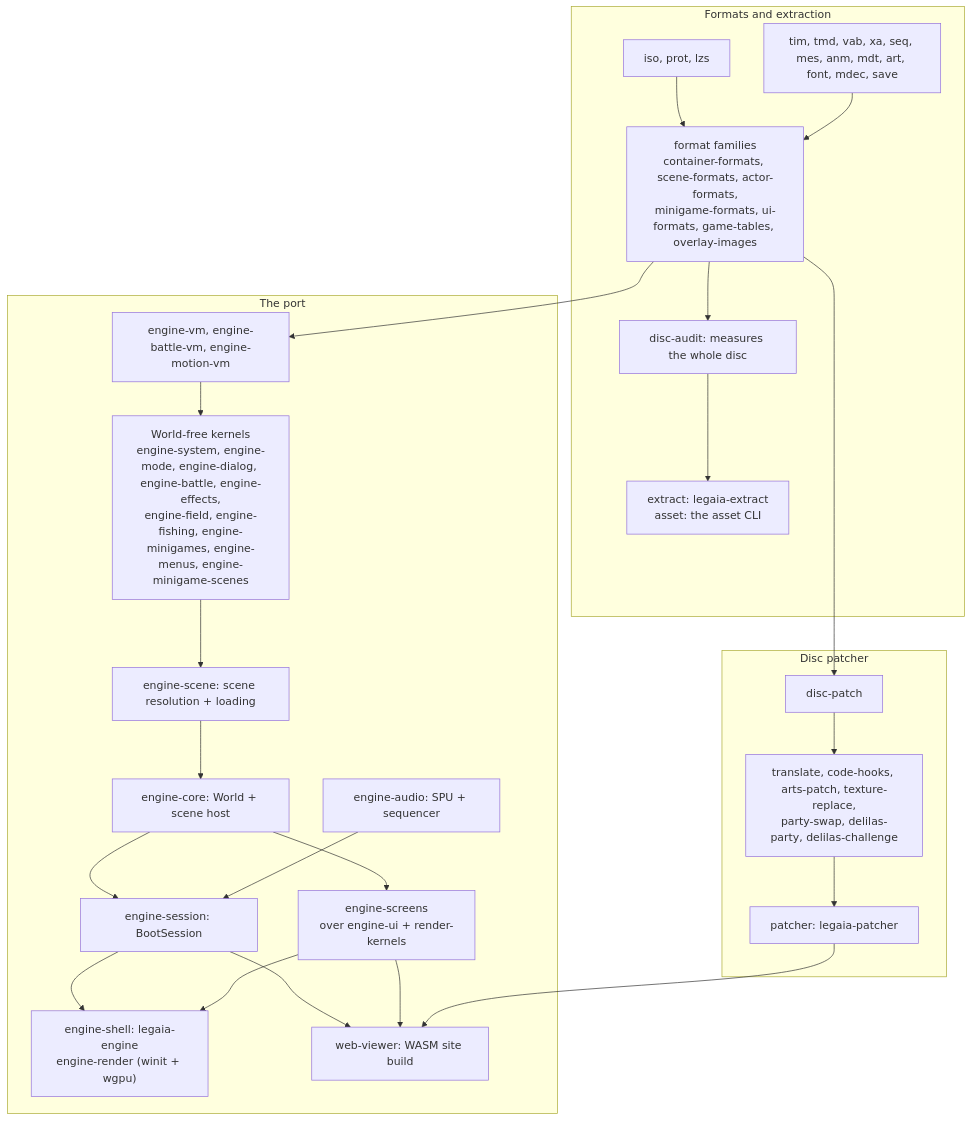
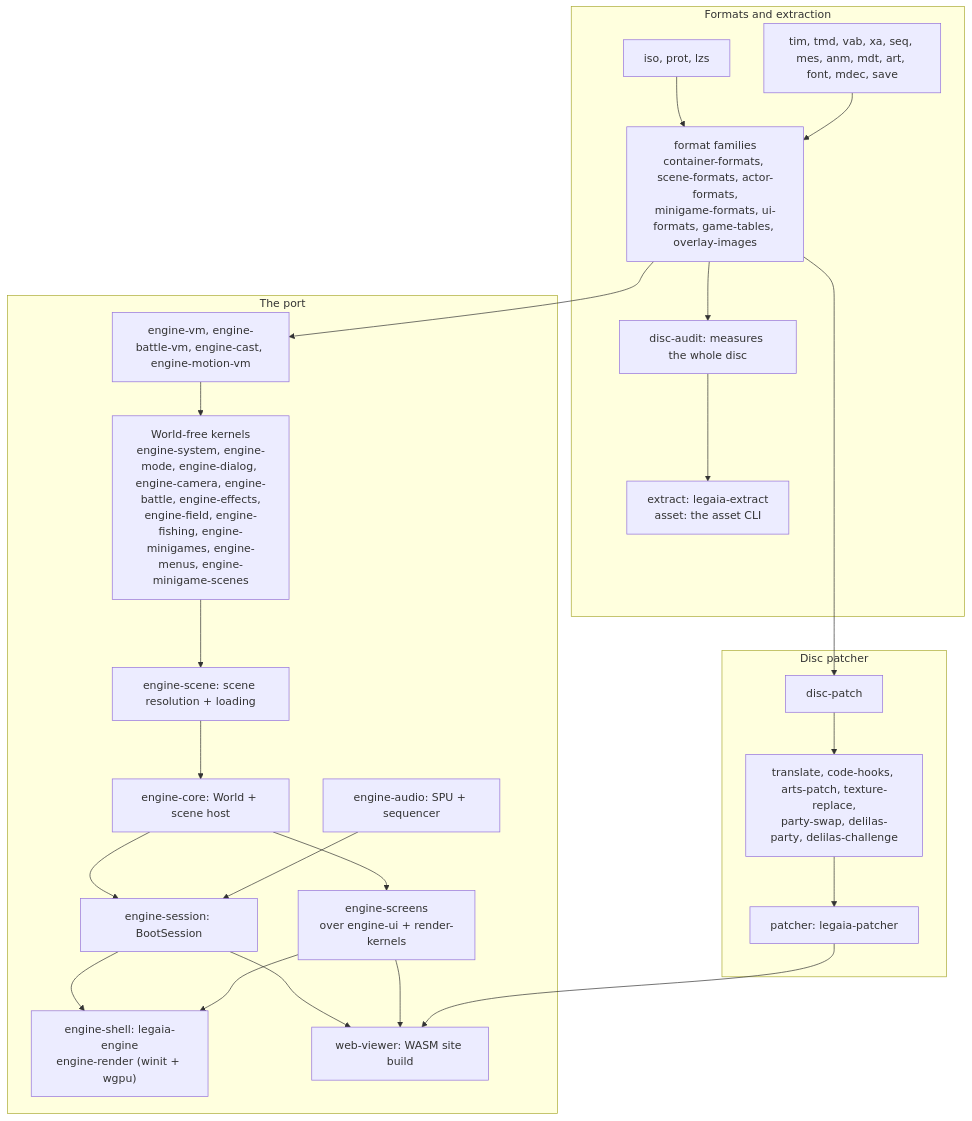
Before and after one commit to AndrewAltimit/legend-of-legaia-re: the second of 2 diagrams in docs/overview.md, drawn with Mermaid. The commit also changed other lines of this file and 233 other files, not shown here.

````diff
--- a/docs/overview.md
+++ b/docs/overview.md
@@ -80,42 +80,42 @@
 ```mermaid
 flowchart TD
     subgraph formats["Formats and extraction"]
         container["iso, prot, lzs"]
         hub["format families<br/>container-formats, scene-formats, actor-formats,<br/>minigame-formats, ui-formats, game-tables, overlay-images"]
         perfmt["tim, tmd, vab, xa, seq, mes, anm, mdt, art, font, mdec, save"]
         audit["disc-audit: measures the whole disc"]
         extract["extract: legaia-extract<br/>asset: the asset CLI"]
         container --> hub --> audit --> extract
         perfmt --> hub
     end
     subgraph port["The port"]
-        vm["engine-vm, engine-battle-vm, engine-motion-vm"]
-        kernels["World-free kernels<br/>engine-system, engine-mode, engine-dialog, engine-battle, engine-effects,<br/>engine-field, engine-fishing, engine-minigames, engine-menus, engine-minigame-scenes"]
+        vm["engine-vm, engine-battle-vm, engine-cast, engine-motion-vm"]
+        kernels["World-free kernels<br/>engine-system, engine-mode, engine-dialog, engine-camera, engine-battle, engine-effects,<br/>engine-field, engine-fishing, engine-minigames, engine-menus, engine-minigame-scenes"]
         scene["engine-scene: scene resolution + loading"]
         core["engine-core: World + scene host"]
         audio["engine-audio: SPU + sequencer"]
         session["engine-session: BootSession"]
         present["engine-screens<br/>over engine-ui + render-kernels"]
         native["engine-shell: legaia-engine<br/>engine-render (winit + wgpu)"]
         web["web-viewer: WASM site build"]
         vm --> kernels
         kernels --> scene
         scene --> core
         core --> session
         audio --> session
         core --> present
         session --> native
         session --> web
         present --> native
         present --> web
     end
     subgraph mod["Disc patcher"]
         dp["disc-patch"]
         layers["translate, code-hooks, arts-patch, texture-replace,<br/>party-swap, delilas-party, delilas-challenge"]
         patcher["patcher: legaia-patcher"]
         dp --> layers --> patcher
     end
     hub --> vm
     hub --> dp
     patcher --> web
 ```
````
